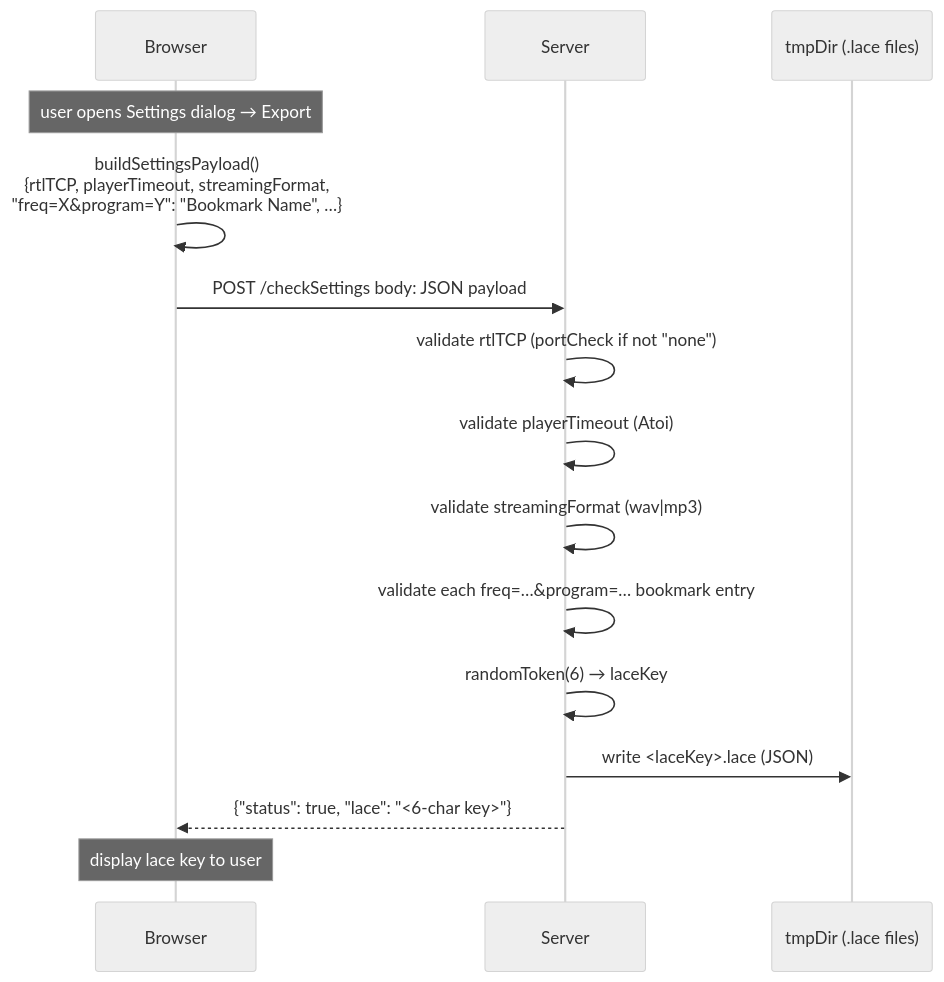
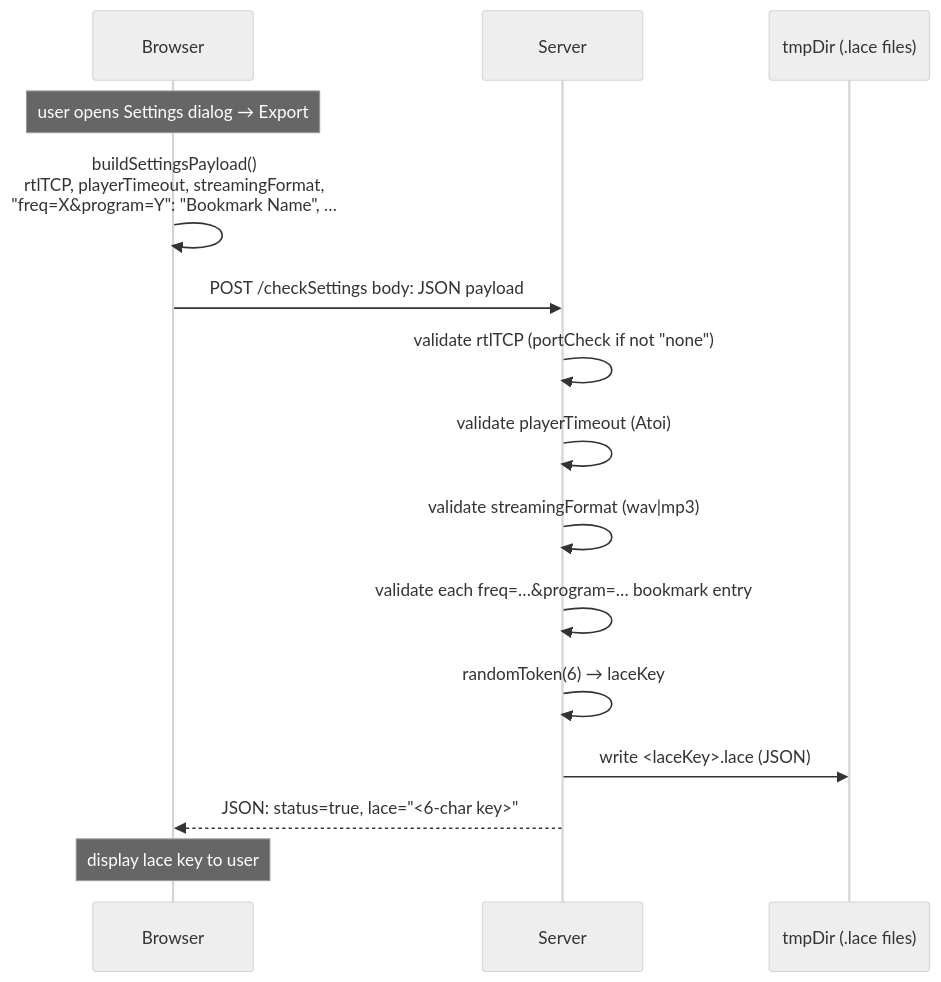
One commit to arharvey918/yellowShoes changed diagram 11 of 14 in docs/ARCHITECTURE.md. Above: the diagram before and after it, drawn with Mermaid (neutral theme). The commit also changed other lines of this file, not shown here.

First line of the commit message:
docs: fix Mermaid syntax errors in sequence diagrams

````diff
--- a/docs/ARCHITECTURE.md
+++ b/docs/ARCHITECTURE.md
@@ -429,19 +430,19 @@
 ```mermaid
 sequenceDiagram
     participant Browser
     participant Server
     participant tmpDir as tmpDir (.lace files)
 
     Note over Browser: user opens Settings dialog → Export
 
-    Browser->>Browser: buildSettingsPayload()<br/>{rtlTCP, playerTimeout, streamingFormat,<br/>"freq=X&program=Y": "Bookmark Name", …}
+    Browser->>Browser: buildSettingsPayload()<br/>rtlTCP, playerTimeout, streamingFormat,<br/>"freq=X&program=Y": "Bookmark Name", …
     Browser->>Server: POST /checkSettings  body: JSON payload
     Server->>Server: validate rtlTCP (portCheck if not "none")
     Server->>Server: validate playerTimeout (Atoi)
     Server->>Server: validate streamingFormat (wav|mp3)
     Server->>Server: validate each freq=…&program=… bookmark entry
     Server->>Server: randomToken(6) → laceKey
     Server->>tmpDir: write <laceKey>.lace  (JSON)
-    Server-->>Browser: {"status": true, "lace": "<6-char key>"}
+    Server-->>Browser: JSON: status=true, lace="<6-char key>"
     Note over Browser: display lace key to user
 ```
````
